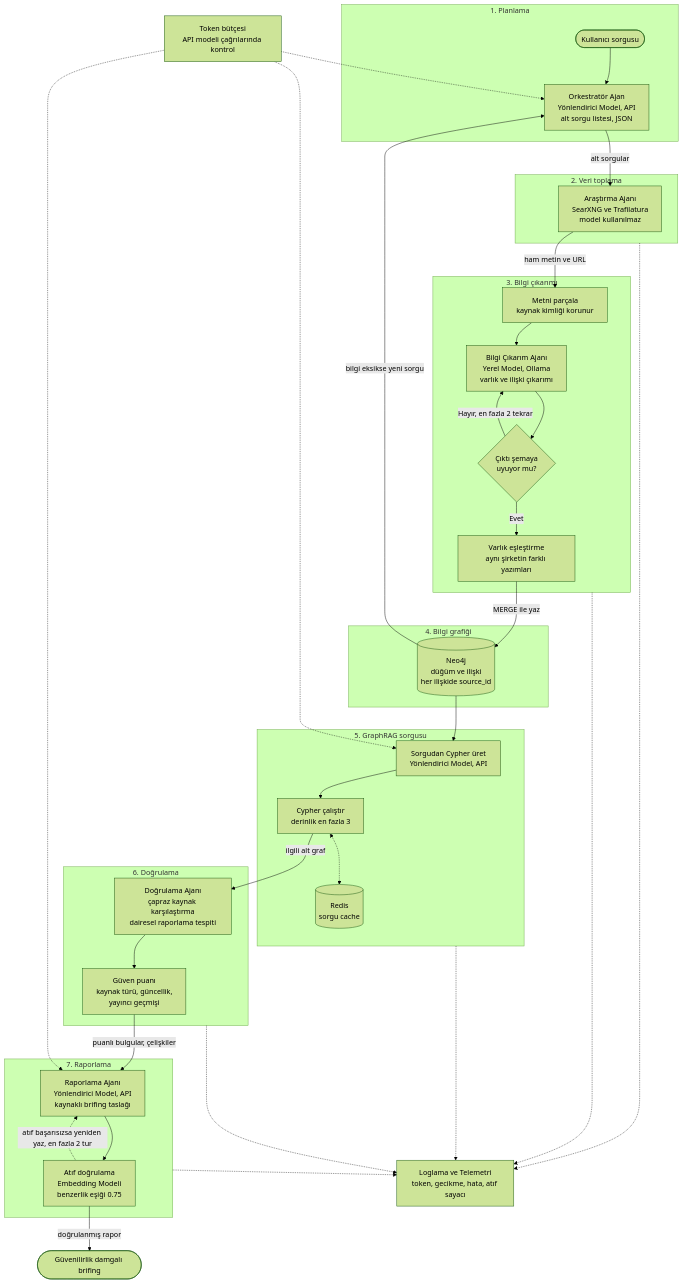
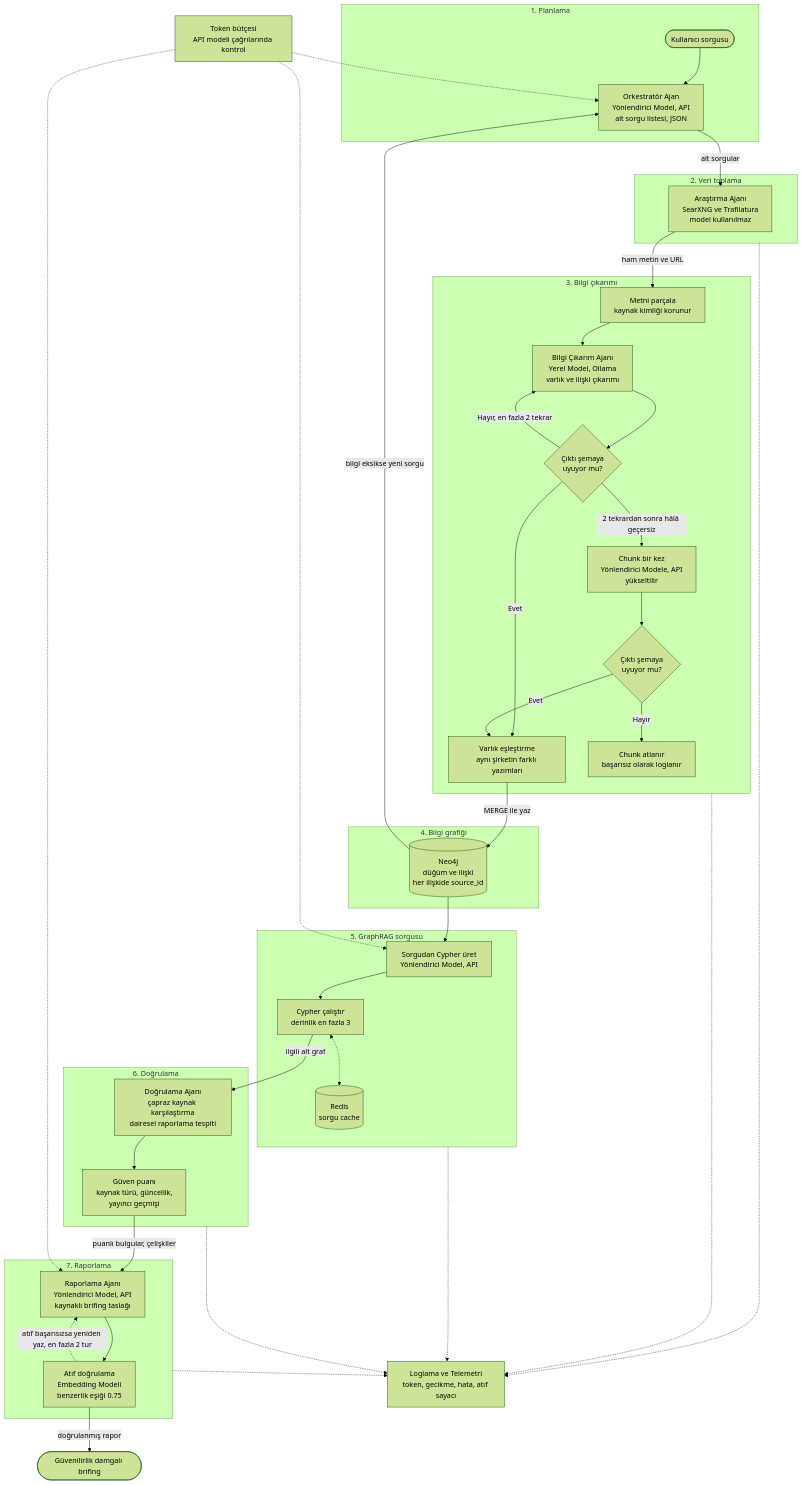
Before and after one commit to eemreus/Multi-Agent-ve-GraphRAG-Tabanl-Otonom-Finansal-stihbarat-Platformu: the diagram in docs/04-ai-pipeline.md, drawn with Mermaid (forest theme). The commit also changed other lines of this file and 5 other files, not shown here.

```diff
--- a/docs/04-ai-pipeline.md
+++ b/docs/04-ai-pipeline.md
@@ -41,6 +41,14 @@
         SCHEMA -->|Evet| DEDUP
 
         SCHEMA -->|Hayır, en fazla 2 tekrar| NER
+
+        SCHEMA -->|2 tekrardan sonra hâlâ geçersiz| ESC["Chunk bir kez<br/>Yönlendirici Modele, API<br/>yükseltilir"]
+
+        ESC --> SCHEMA2{"Çıktı şemaya<br/>uyuyor mu?"}
+
+        SCHEMA2 -->|Evet| DEDUP
+
+        SCHEMA2 -->|Hayır| SKIP["Chunk atlanır<br/>başarısız olarak loglanır"]
 
     end
 
```
